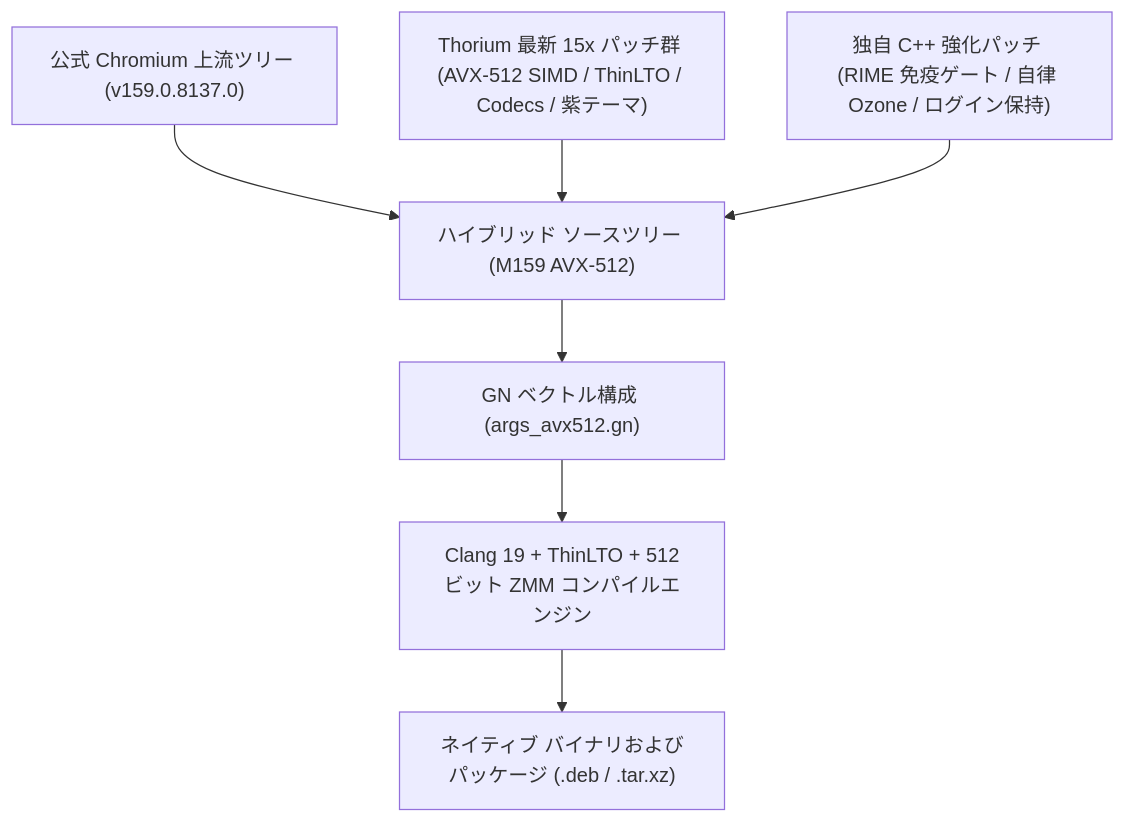
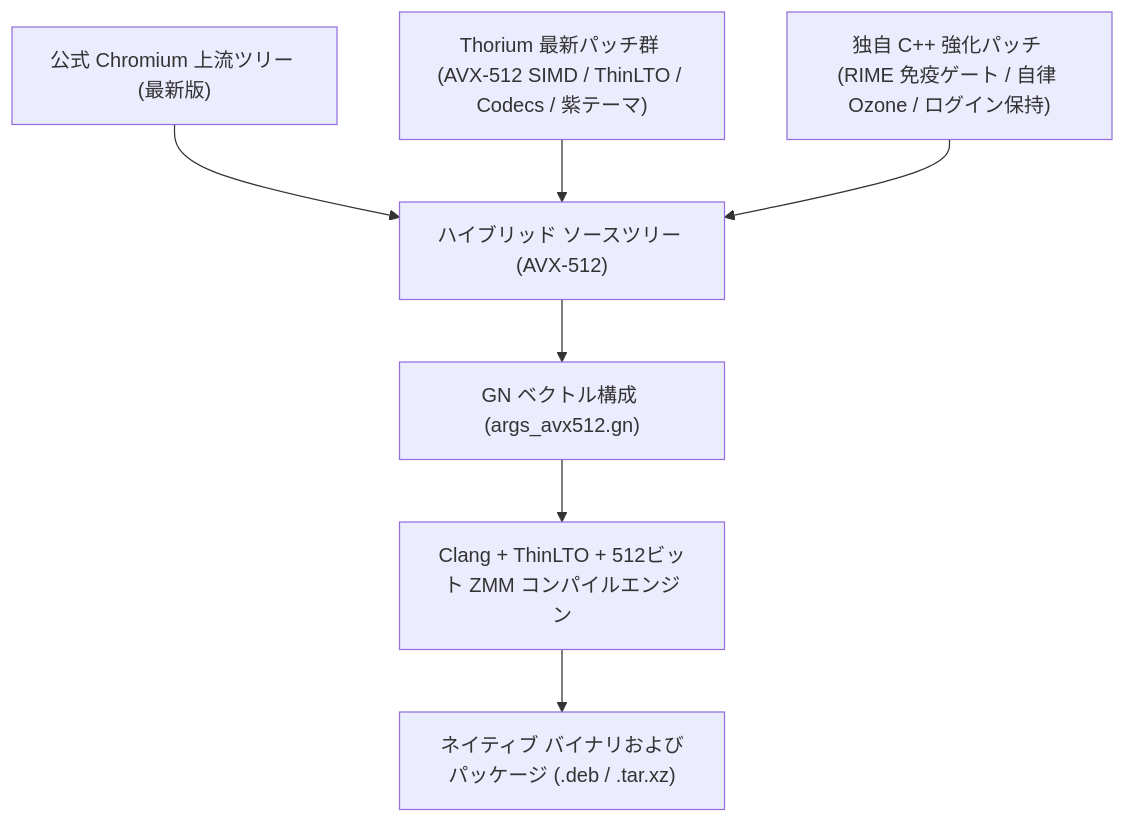
One commit to obhasashare2024-namo/thorium-avx512-rime changed the diagram in README_ja.md. Above: the diagram before and after it, drawn with Mermaid. The commit also changed other lines of this file and 2 other files, not shown here.

````diff
--- a/README_ja.md
+++ b/README_ja.md
@@ -22,9 +26,9 @@
 ```mermaid
 graph TD
-    A["公式 Chromium 上流ツリー (v159.0.8137.0)"] --> D["ハイブリッド ソースツリー (M159 AVX-512)"]
-    B["Thorium 最新 15x パッチ群 (AVX-512 SIMD / ThinLTO / Codecs / 紫テーマ)"] --> D
+    A["公式 Chromium 上流ツリー (最新版)"] --> D["ハイブリッド ソースツリー (AVX-512)"]
+    B["Thorium 最新パッチ群 (AVX-512 SIMD / ThinLTO / Codecs / 紫テーマ)"] --> D
     C["独自 C++ 強化パッチ (RIME 免疫ゲート / 自律 Ozone / ログイン保持)"] --> D
     D --> E["GN ベクトル構成 (args_avx512.gn)"]
-    E --> F["Clang 19 + ThinLTO + 512ビット ZMM コンパイルエンジン"]
+    E --> F["Clang + ThinLTO + 512ビット ZMM コンパイルエンジン"]
     F --> G["ネイティブ バイナリおよびパッケージ (.deb / .tar.xz)"]
 ```
````
